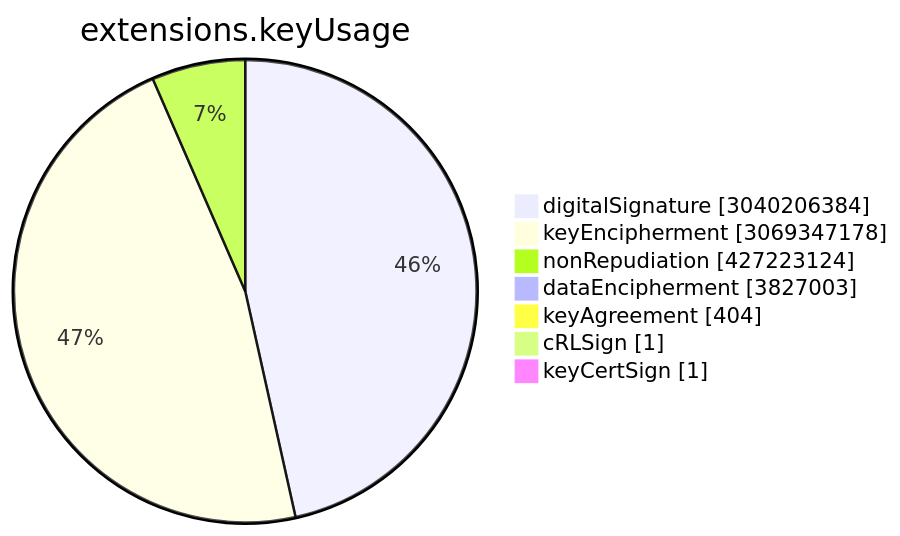
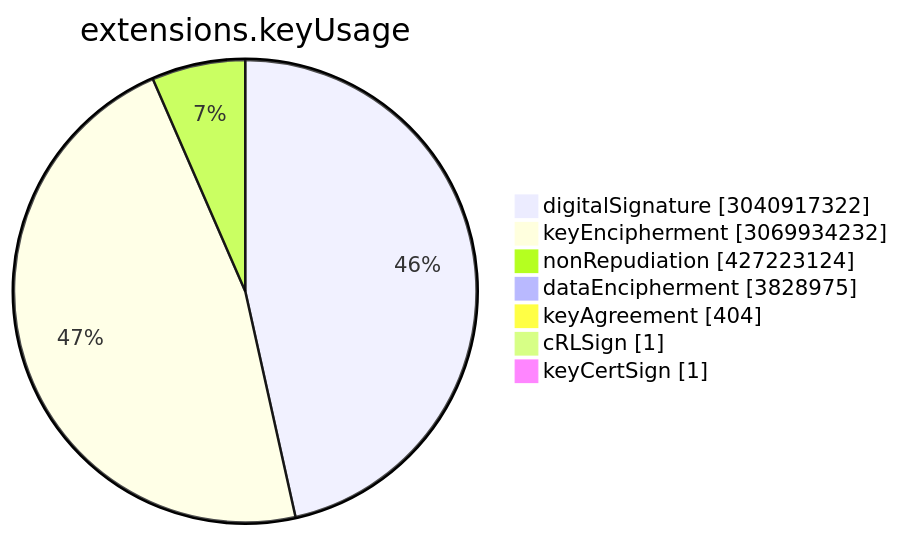
One commit to christiankrug/ctmonitor_visualization changed the sixth of 15 diagrams in TOTAL/README.md. Above: the diagram before and after it, drawn with Mermaid. The commit also changed other lines of this file, not shown here.

````diff
--- a/TOTAL/README.md
+++ b/TOTAL/README.md
@@ -3077,11 +3077,11 @@
 ```mermaid
 pie showData
 title extensions.keyUsage
-"digitalSignature" :3040206384
-"keyEncipherment" :3069347178
+"digitalSignature" :3040917322
+"keyEncipherment" :3069934232
 "nonRepudiation" :427223124
-"dataEncipherment" :3827003
+"dataEncipherment" :3828975
 "keyAgreement" :404
 "cRLSign" :1
 "keyCertSign" :1
 ```
````
